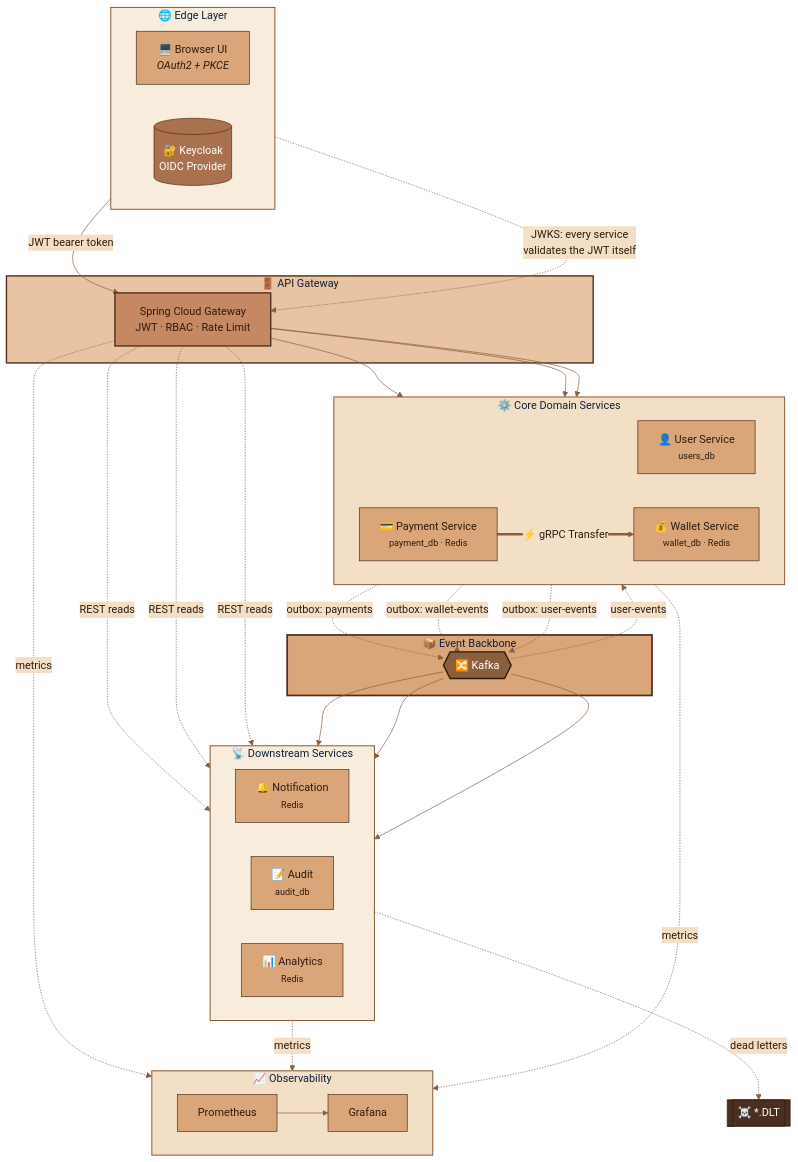
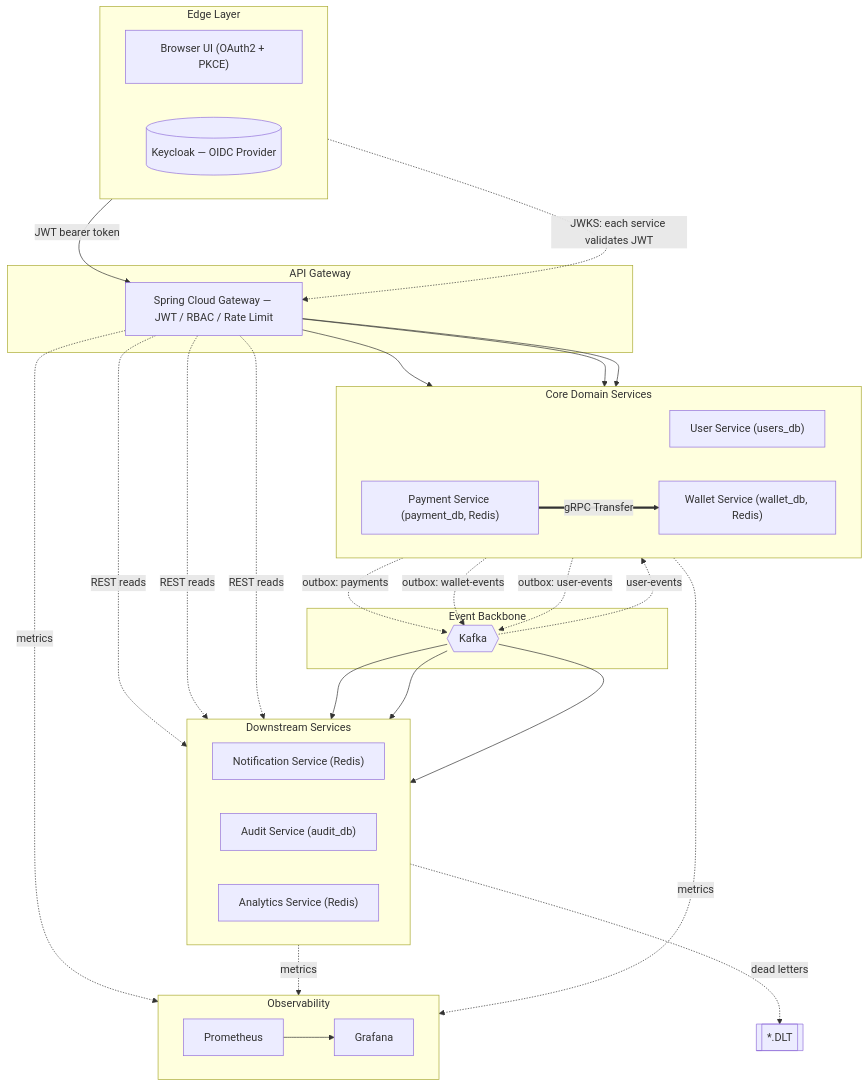
Before and after one commit to Om20An00/FinFlow: the diagram in README.md, drawn with Mermaid. The commit also changed other lines of this file, not shown here.

Commit message:
Refactor architecture diagram in README
Updated architecture diagram descriptions and formatting.

````diff
--- a/README.md
+++ b/README.md
@@ -47,43 +45,31 @@
 ```mermaid
-%%{init: {'theme':'base', 'themeVariables': {
-  'primaryColor':'#D9A579',
-  'primaryTextColor':'#2E1B0E',
-  'primaryBorderColor':'#4A2E1F',
-  'lineColor':'#8B5E3C',
-  'secondaryColor':'#E8C4A2',
-  'tertiaryColor':'#F3DFC6',
-  'fontFamily':'Fira Code, monospace',
-  'clusterBkg':'#F8ECDD',
-  'clusterBorder':'#8B5E3C',
-  'edgeLabelBackground':'#F3DFC6'
-}}}%%
 flowchart TB
-  subgraph EDGE["🌐 Edge Layer"]
+  subgraph EDGE["Edge Layer"]
     direction LR
-    UI["🖥️ Browser UI<br/><i>OAuth2 + PKCE</i>"]
-    KC[("🔐 Keycloak<br/>OIDC Provider")]
+    UI["Browser UI (OAuth2 + PKCE)"]
+    KC[("Keycloak — OIDC Provider")]
   end
 
   UI -->|JWT bearer token| GW
 
-  subgraph GATEWAY["🚪 API Gateway"]
-    GW["Spring Cloud Gateway<br/>JWT · RBAC · Rate Limit"]
+  subgraph GATEWAY["API Gateway"]
+    GW["Spring Cloud Gateway — JWT / RBAC / Rate Limit"]
   end
 
-  KC -. JWKS: every service<br/>validates the JWT itself .-> GW
+  KC -. JWKS: each service validates JWT .-> GW
 
-  subgraph CORE["⚙️ Core Domain Services"]
+  subgraph CORE["Core Domain Services"]
     direction LR
-    US["👤 User Service<br/><small>users_db</small>"]
-    WS["💰 Wallet Service<br/><small>wallet_db · Redis</small>"]
-    PS["💳 Payment Service<br/><small>payment_db · Redis</small>"]
+    US["User Service (users_db)"]
+    WS["Wallet Service (wallet_db, Redis)"]
+    PS["Payment Service (payment_db, Redis)"]
   end
 
-  subgraph DOWNSTREAM["📡 Downstream Services"]
+  subgraph DOWNSTREAM["Downstream Services"]
     direction LR
-    NS["🔔 Notification<br/><small>Redis</small>"]
-    AS["📝 Audit<br/><small>audit_db</small>"]
-    AN["📊 Analytics<br/><small>Redis</small>"]
+    NS["Notification Service (Redis)"]
+    AS["Audit Service (audit_db)"]
+    AN["Analytics Service (Redis)"]
   end
 
   GW --> US
@@ -92,39 +78,28 @@
   GW -.REST reads.-> NS
   GW -.REST reads.-> AS
   GW -.REST reads.-> AN
-  PS ==>|"⚡ gRPC Transfer"| WS
+  PS ==>|gRPC Transfer| WS
 
-  subgraph BUS["📦 Event Backbone"]
-    K{{"🔀 Kafka"}}
+  subgraph BUS["Event Backbone"]
+    K{{"Kafka"}}
   end
 
-  PS -.->|outbox: payments| K
-  WS -.->|outbox: wallet-events| K
-  US -.->|outbox: user-events| K
-  K -.->|user-events| WS
+  PS -.outbox: payments.-> K
+  WS -.outbox: wallet-events.-> K
+  US -.outbox: user-events.-> K
+  K -.user-events.-> WS
 
   K --> NS
   K --> AS
   K --> AN
-  AS -.->|dead letters| DLT[["☠️ *.DLT"]]
+  AS -.dead letters.-> DLT[["*.DLT"]]
 
-  subgraph OBS["📈 Observability"]
+  subgraph OBS["Observability"]
     direction LR
     P["Prometheus"] --> G["Grafana"]
   end
 
-  GW -. metrics .-> P
-  CORE -. metrics .-> P
-  DOWNSTREAM -. metrics .-> P
-
-  style EDGE fill:#F8ECDD,stroke:#8B5E3C,stroke-width:1.5px
-  style GATEWAY fill:#E8C4A2,stroke:#4A2E1F,stroke-width:2px
-  style CORE fill:#F3DFC6,stroke:#8B5E3C,stroke-width:1.5px
-  style BUS fill:#D9A579,stroke:#4A2E1F,stroke-width:2.5px
-  style DOWNSTREAM fill:#F8ECDD,stroke:#8B5E3C,stroke-width:1.5px
-  style OBS fill:#F3DFC6,stroke:#8B5E3C,stroke-width:1.5px
-  style K fill:#8B5E3C,color:#fff,stroke:#2E1B0E,stroke-width:2px
-  style DLT fill:#4A2E1F,color:#fff,stroke:#2E1B0E
-  style GW fill:#C68863,color:#2E1B0E,stroke:#4A2E1F,stroke-width:2px
-  style KC fill:#A9714D,color:#fff,stroke:#4A2E1F
+  GW -.metrics.-> P
+  CORE -.metrics.-> P
+  DOWNSTREAM -.metrics.-> P
 ```
````
